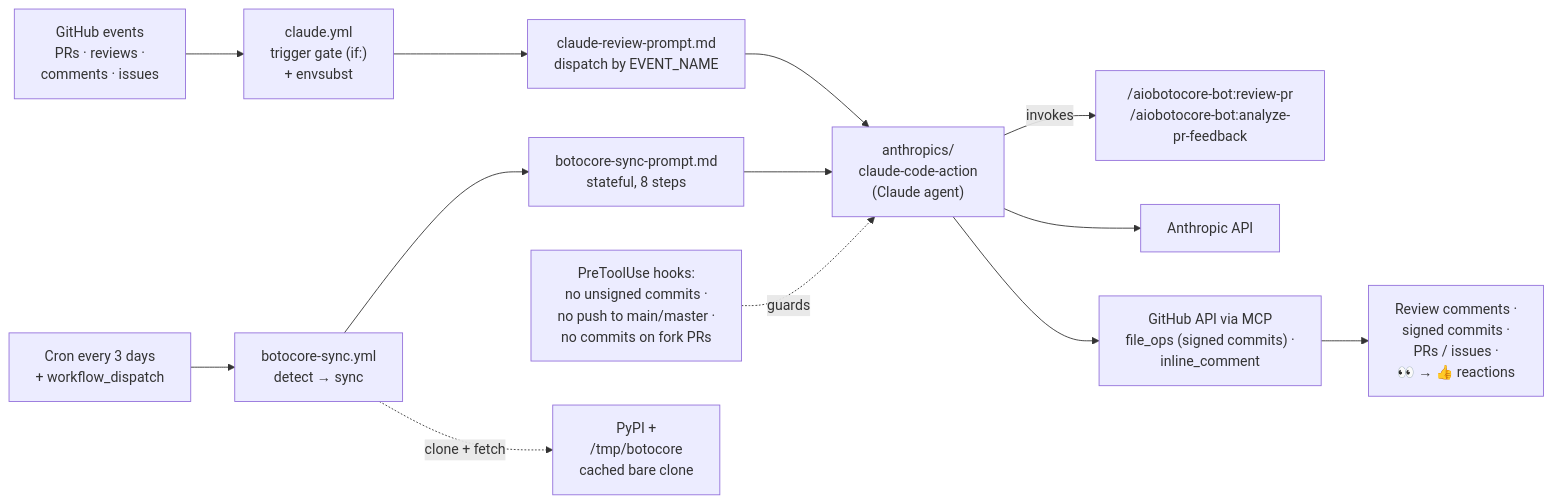
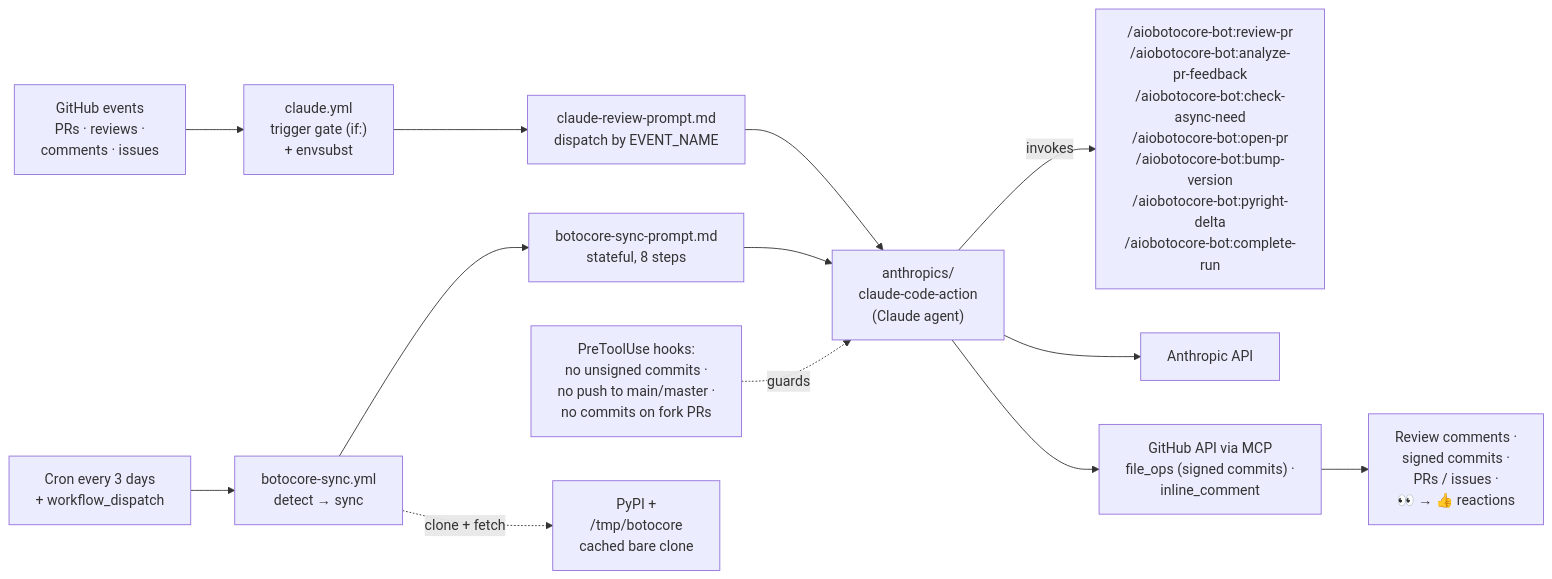
One commit to aio-libs/aiobotocore changed the first of 2 diagrams in docs/ai-workflows.md. Above: the diagram before and after it, drawn with Mermaid. The commit also changed other lines of this file, not shown here.

First line of the commit message:
docs(ai-workflows): reflect renumbered sync steps and new plugin commands

````diff
--- a/docs/ai-workflows.md
+++ b/docs/ai-workflows.md
@@ -40,23 +40,23 @@
 ```mermaid
 flowchart LR
     events["GitHub events<br/>PRs · reviews ·<br/>comments · issues"]
     cron["Cron every 3 days<br/>+ workflow_dispatch"]
 
     events --> claude["claude.yml<br/>trigger gate (if:)<br/>+ envsubst"]
     cron --> sync["botocore-sync.yml<br/>detect → sync"]
 
     claude --> reviewPrompt["claude-review-prompt.md<br/>dispatch by EVENT_NAME"]
     sync --> syncPrompt["botocore-sync-prompt.md<br/>stateful, 8 steps"]
 
     reviewPrompt --> action["anthropics/<br/>claude-code-action<br/>(Claude agent)"]
     syncPrompt --> action
 
-    action -->|invokes| commands["/aiobotocore-bot:review-pr<br/>/aiobotocore-bot:analyze-pr-feedback"]
+    action -->|invokes| commands["/aiobotocore-bot:review-pr<br/>/aiobotocore-bot:analyze-pr-feedback<br/>/aiobotocore-bot:check-async-need<br/>/aiobotocore-bot:open-pr<br/>/aiobotocore-bot:bump-version<br/>/aiobotocore-bot:pyright-delta<br/>/aiobotocore-bot:complete-run"]
     hooks["PreToolUse hooks:<br/>no unsigned commits ·<br/>no push to main/master ·<br/>no commits on fork PRs"] -.guards.-> action
 
     action --> anthropic["Anthropic API"]
     action --> ghMCP["GitHub API via MCP<br/>file_ops (signed commits) ·<br/>inline_comment"]
     sync -.clone + fetch.-> botoMirror["PyPI +<br/>/tmp/botocore<br/>cached bare clone"]
 
     ghMCP --> outputs["Review comments ·<br/>signed commits ·<br/>PRs / issues ·<br/>👀 → 👍 reactions"]
 ```
````
